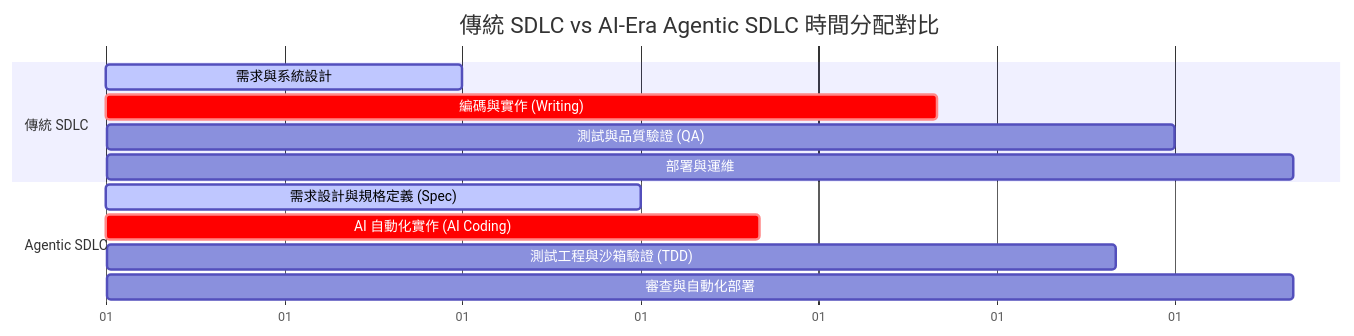
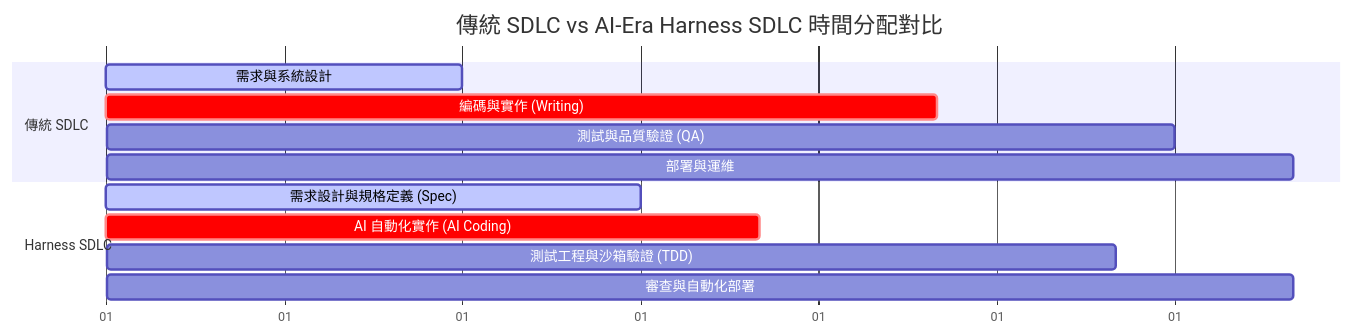
The third of 4 diagrams in src/content/blog/49-the-new-sdlc-with-vibe-coding.md (poirotw66/poirotw66.github.io), drawn with Mermaid before and after one commit. The commit also changed other lines of this file, not shown here.

Commit message:
Rename Agentic Engineering to Harness Engineering in Vibe Coding post per user request

````diff
--- a/src/content/blog/49-the-new-sdlc-with-vibe-coding.md
+++ b/src/content/blog/49-the-new-sdlc-with-vibe-coding.md
@@ -137,18 +137,18 @@
 ```mermaid
 gantt
-    title 傳統 SDLC vs AI-Era Agentic SDLC 時間分配對比
+    title 傳統 SDLC vs AI-Era Harness SDLC 時間分配對比
     dateFormat  X
     axisFormat %d
     
     section 傳統 SDLC
     需求與系統設計          :active, des1, 0, 30
     編碼與實作 (Writing)   :crit, des2, 30, 70
     測試與品質驗證 (QA)    :des3, 70, 90
     部署與運維             :des4, 90, 100
     
-    section Agentic SDLC
+    section Harness SDLC
     需求設計與規格定義 (Spec) :active, a1, 0, 45
     AI 自動化實作 (AI Coding) :crit, a2, 45, 55
     測試工程與沙箱驗證 (TDD)  :a3, 55, 85
     審查與自動化部署          :a4, 85, 100
 ```
````
